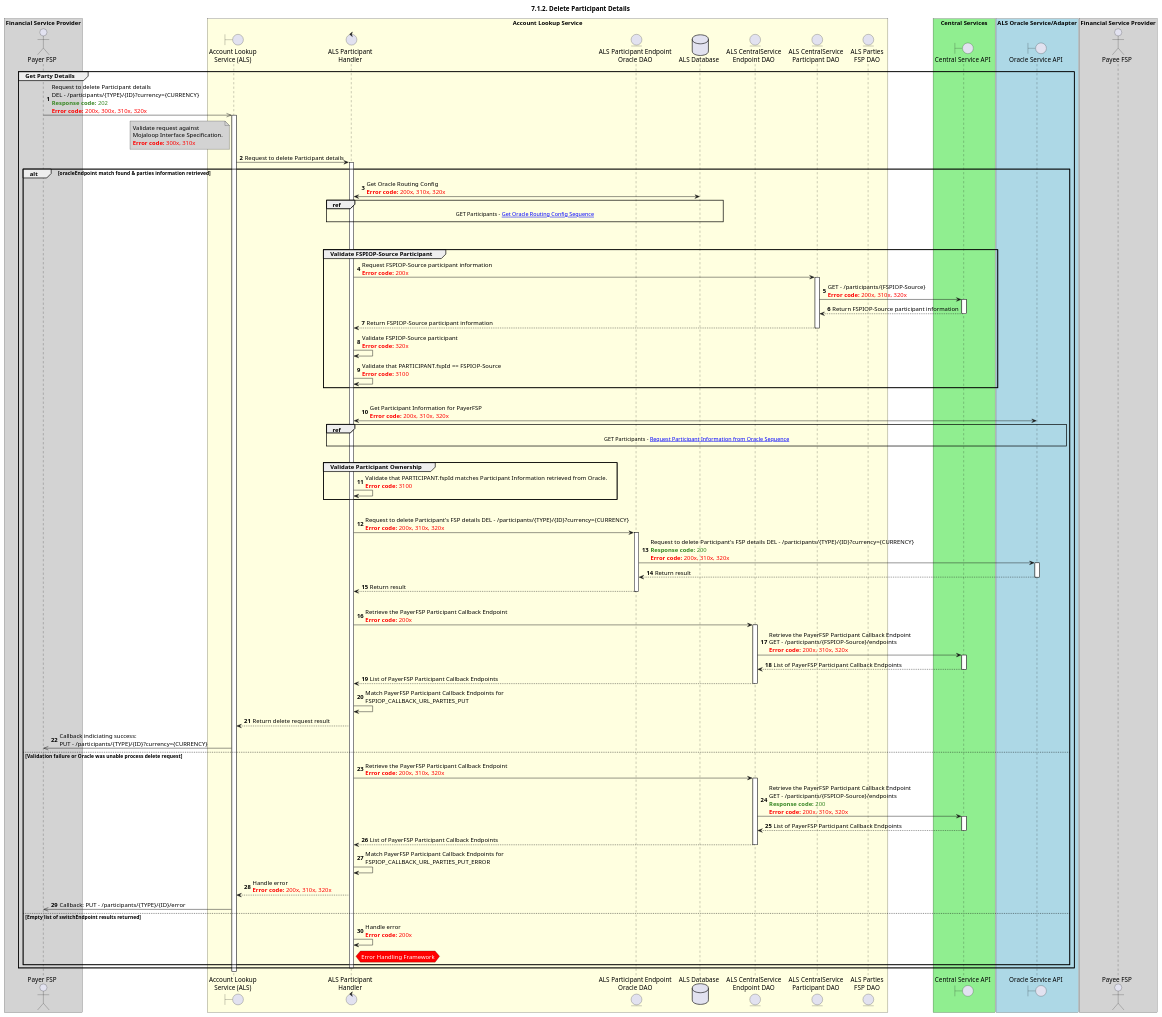
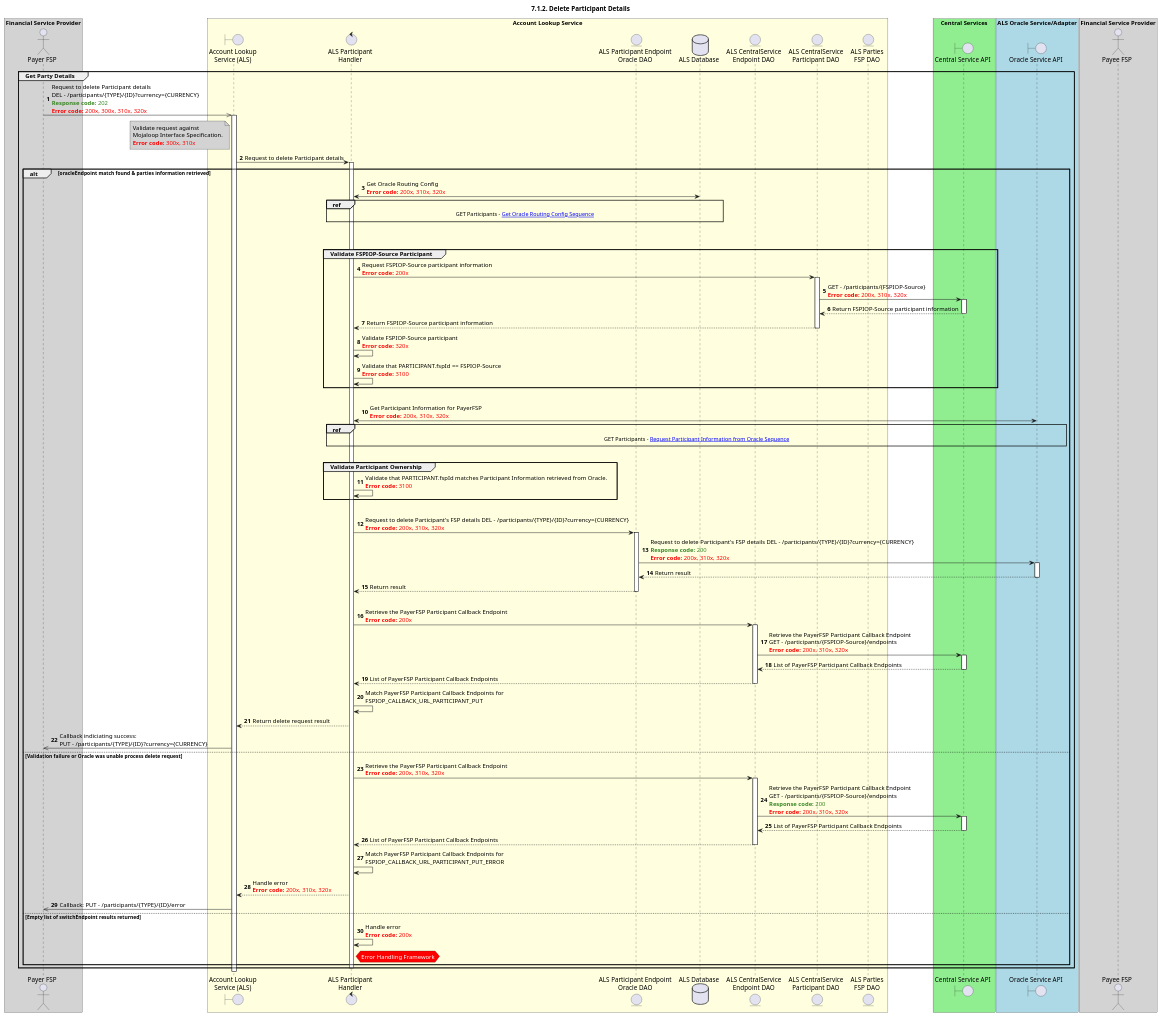
Before and after one commit to mojaloop/documentation: the diagram in mojaloop-technical-overview/account-lookup-service/assets/diagrams/sequence/seq-acct-lookup-del-participants-7.1.2.plantuml, drawn with PlantUML.

Commit message:
Fix error in ALS' sequence diagram for DEL Participant

```diff
--- a/mojaloop-technical-overview/account-lookup-service/assets/diagrams/sequence/seq-acct-lookup-del-participants-7.1.2.plantuml
+++ b/mojaloop-technical-overview/account-lookup-service/assets/diagrams/sequence/seq-acct-lookup-del-participants-7.1.2.plantuml
@@ -27,187 +27,187 @@
 @startuml
 ' declare title
 title 7.1.2. Delete Participant Details
 
 autonumber
 ' Actor Keys:
 ' boundary - APIs/Interfaces, etc
 ' entity - Database Access Objects
 ' database - Database Persistence Store
 
 ' declare actors
 actor "Payer FSP" as PAYER_FSP
 actor "Payee FSP" as PAYEE_FSP
 boundary "Account Lookup\nService (ALS)" as ALS_API
 control "ALS Participant\nHandler" as ALS_PARTICIPANT_HANDLER
 entity "ALS CentralService\nEndpoint DAO" as ALS_CENTRALSERVICE_ENDPOINT_CONFIG_DAO
 entity "ALS CentralService\nParticipant DAO" as ALS_CENTRALSERVICE_PARTICIPANT_DAO
 'entity "ALS Participant Oracle DAO" as ALS_PARTICIPANT_ORACLE_DAO
 entity "ALS Parties\nFSP DAO" as ALS_PARTIES_FSP_DAO
 entity "ALS Participant Endpoint\nOracle DAO" as ALS_PARTICIPANT_ORACLE_DAO
 database "ALS Database" as ALS_DB
 boundary "Oracle Service API" as ORACLE_API
 boundary "Central Service API" as CENTRALSERVICE_API
 
 box "Financial Service Provider" #LightGrey
 participant PAYER_FSP
 end box
 
 box "Account Lookup Service" #LightYellow
 participant ALS_API
 participant ALS_PARTICIPANT_HANDLER
 participant ALS_PARTICIPANT_ORACLE_DAO
 participant ALS_DB
 participant ALS_CENTRALSERVICE_ENDPOINT_CONFIG_DAO
 participant ALS_CENTRALSERVICE_PARTICIPANT_DAO
 participant ALS_PARTIES_FSP_DAO
 end box
 
 box "Central Services" #LightGreen
 participant CENTRALSERVICE_API
 end box
 
 box "ALS Oracle Service/Adapter" #LightBlue
 participant ORACLE_API
 end box
 
 box "Financial Service Provider" #LightGrey
 participant PAYEE_FSP
 end box
 
 ' START OF FLOW
 
 group Get Party Details
     PAYER_FSP ->> ALS_API: Request to delete Participant details\nDEL - /participants/{TYPE}/{ID}?currency={CURRENCY}\n<color #388724><b>Response code:</b> 202</color>\n<color #red><b>Error code:</b> 200x, 300x, 310x, 320x</color>
     activate ALS_API
     note left ALS_API #lightgray
         Validate request against
         Mojaloop Interface Specification.
         <color #red><b>Error code:</b> 300x, 310x</color>
     end note
 
     ALS_API -> ALS_PARTICIPANT_HANDLER: Request to delete Participant details
 
     alt oracleEndpoint match found & parties information retrieved
         activate ALS_PARTICIPANT_HANDLER
         '********************* Retrieve Oracle Routing Information - START ************************
         ALS_PARTICIPANT_HANDLER <-> ALS_DB: Get Oracle Routing Config\n<color #red><b>Error code:</b> 200x, 310x, 320x</color>
         ref over ALS_PARTICIPANT_HANDLER, ALS_DB
             GET Participants - [[https://docs.mojaloop.live/mojaloop-technical-overview/account-lookup-service/als-get-participants.html Get Oracle Routing Config Sequence]]
             |||
         end ref
         '********************* Retrieve Oracle Routing Information - END ************************
         |||
         '********************* Retrieve Switch Routing Information - START ************************
 '        ALS_PARTICIPANT_HANDLER <-> ALS_DB: Get Switch Routing Config\n<color #red><b>Error code:</b> 200x, 310x, 320x</color>
 '        ref over ALS_PARTICIPANT_HANDLER, ALS_DB
 '            GET Participants - [[https://docs.mojaloop.live/mojaloop-technical-overview/account-lookup-service/als-get-participants.html Get Switch Routing Config Sequence]]
 '            |||
 '        end ref
         '********************* Retrieve Switch Routing Information - END ************************
 
         |||
 
         '********************* Validate FSPIOP-Source Participant - START ************************
         group Validate FSPIOP-Source Participant
             ALS_PARTICIPANT_HANDLER -> ALS_CENTRALSERVICE_PARTICIPANT_DAO: Request FSPIOP-Source participant information\n<color #red><b>Error code:</b> 200x</color>
             activate ALS_CENTRALSERVICE_PARTICIPANT_DAO
 
             ALS_CENTRALSERVICE_PARTICIPANT_DAO -> CENTRALSERVICE_API: GET - /participants/{FSPIOP-Source}\n<color #red><b>Error code:</b> 200x, 310x, 320x</color>
             activate CENTRALSERVICE_API
             CENTRALSERVICE_API --> ALS_CENTRALSERVICE_PARTICIPANT_DAO: Return FSPIOP-Source participant information
             deactivate CENTRALSERVICE_API
 
             ALS_CENTRALSERVICE_PARTICIPANT_DAO --> ALS_PARTICIPANT_HANDLER: Return FSPIOP-Source participant information
 
             deactivate ALS_CENTRALSERVICE_PARTICIPANT_DAO
 
             ALS_PARTICIPANT_HANDLER -> ALS_PARTICIPANT_HANDLER: Validate FSPIOP-Source participant\n<color #red><b>Error code:</b> 320x</color>
             ALS_PARTICIPANT_HANDLER -> ALS_PARTICIPANT_HANDLER: Validate that PARTICIPANT.fspId == FSPIOP-Source\n<color #FF0000><b>Error code:</b> 3100</color>
         end group
         '********************* Validate Participant - END ************************
 
         |||
 
         '********************* Request Oracle Participant Information - START ************************
 
         ALS_PARTICIPANT_HANDLER <-> ORACLE_API: Get Participant Information for PayerFSP\n<color #red><b>Error code:</b> 200x, 310x, 320x</color>
         ref over ALS_PARTICIPANT_HANDLER, ORACLE_API
             GET Participants - [[https://docs.mojaloop.live/mojaloop-technical-overview/account-lookup-service/als-get-participants.html Request Participant Information from Oracle Sequence]]
             |||
         end ref
 
         '********************* Request Oracle Participant Information - END ************************
 
         |||
 
         '********************* Validate Participant Ownership - START ************************
         ' Reference section 6.2.2.4 - Note: The ALS should verify that it is the Party’s current FSP that is deleting the FSP information. Is this adequate?
         group Validate Participant Ownership
             ALS_PARTICIPANT_HANDLER -> ALS_PARTICIPANT_HANDLER: Validate that PARTICIPANT.fspId matches Participant Information retrieved from Oracle.\n<color #red><b>Error code:</b> 3100</color>
         end group
         '********************* Validate Participant - END ************************
 
         |||
 
         '********************* Delete Oracle Participant Information - START ************************
 
         ALS_PARTICIPANT_HANDLER -> ALS_PARTICIPANT_ORACLE_DAO: Request to delete Participant's FSP details DEL - /participants/{TYPE}/{ID}?currency={CURRENCY}\n<color #red><b>Error code:</b> 200x, 310x, 320x</color>
         activate ALS_PARTICIPANT_ORACLE_DAO
         ALS_PARTICIPANT_ORACLE_DAO -> ORACLE_API: Request to delete Participant's FSP details DEL - /participants/{TYPE}/{ID}?currency={CURRENCY}\n<color #388724><b>Response code:</b> 200</color> \n<color #red><b>Error code:</b> 200x, 310x, 320x</color>
         activate ORACLE_API
         ORACLE_API --> ALS_PARTICIPANT_ORACLE_DAO: Return result
         deactivate ORACLE_API
         ALS_PARTICIPANT_ORACLE_DAO --> ALS_PARTICIPANT_HANDLER: Return result
         deactivate ALS_PARTICIPANT_ORACLE_DAO
 
         '********************* Delete Oracle Participant Information - END ************************
         |||
 
         '********************* Get PayerFSP Participant End-point Information - START ************************
 
         ALS_PARTICIPANT_HANDLER -> ALS_CENTRALSERVICE_ENDPOINT_CONFIG_DAO: Retrieve the PayerFSP Participant Callback Endpoint\n<color #red><b>Error code:</b> 200x</color>
         activate ALS_CENTRALSERVICE_ENDPOINT_CONFIG_DAO
         ALS_CENTRALSERVICE_ENDPOINT_CONFIG_DAO -> CENTRALSERVICE_API: Retrieve the PayerFSP Participant Callback Endpoint\nGET - /participants/{FSPIOP-Source}/endpoints\n<color #red><b>Error code:</b> 200x, 310x, 320x</color>
         activate CENTRALSERVICE_API
         CENTRALSERVICE_API --> ALS_CENTRALSERVICE_ENDPOINT_CONFIG_DAO: List of PayerFSP Participant Callback Endpoints
         deactivate CENTRALSERVICE_API
         ALS_CENTRALSERVICE_ENDPOINT_CONFIG_DAO --> ALS_PARTICIPANT_HANDLER: List of PayerFSP Participant Callback Endpoints
         deactivate ALS_CENTRALSERVICE_ENDPOINT_CONFIG_DAO
 
-        ALS_PARTICIPANT_HANDLER -> ALS_PARTICIPANT_HANDLER: Match PayerFSP Participant Callback Endpoints for\nFSPIOP_CALLBACK_URL_PARTIES_PUT
+        ALS_PARTICIPANT_HANDLER -> ALS_PARTICIPANT_HANDLER: Match PayerFSP Participant Callback Endpoints for\nFSPIOP_CALLBACK_URL_PARTICIPANT_PUT
 
         '********************* Get PayerFSP Participant End-point Information - END ************************
 
         ALS_PARTICIPANT_HANDLER --> ALS_API: Return delete request result
         ALS_API ->> PAYER_FSP: Callback indiciating success:\nPUT - /participants/{TYPE}/{ID}?currency={CURRENCY}
 
     else Validation failure or Oracle was unable process delete request
 
         '********************* Get PayerFSP Participant End-point Information - START ************************
 
         ALS_PARTICIPANT_HANDLER -> ALS_CENTRALSERVICE_ENDPOINT_CONFIG_DAO: Retrieve the PayerFSP Participant Callback Endpoint\n<color #red><b>Error code:</b> 200x, 310x, 320x</color>
         activate ALS_CENTRALSERVICE_ENDPOINT_CONFIG_DAO
         ALS_CENTRALSERVICE_ENDPOINT_CONFIG_DAO -> CENTRALSERVICE_API: Retrieve the PayerFSP Participant Callback Endpoint\nGET - /participants/{FSPIOP-Source}/endpoints\n<color #388724><b>Response code:</b> 200</color>\n<color #red><b>Error code:</b> 200x, 310x, 320x</color>
         activate CENTRALSERVICE_API
         CENTRALSERVICE_API --> ALS_CENTRALSERVICE_ENDPOINT_CONFIG_DAO: List of PayerFSP Participant Callback Endpoints
         deactivate CENTRALSERVICE_API
         ALS_CENTRALSERVICE_ENDPOINT_CONFIG_DAO --> ALS_PARTICIPANT_HANDLER: List of PayerFSP Participant Callback Endpoints
         deactivate ALS_CENTRALSERVICE_ENDPOINT_CONFIG_DAO
 
-        ALS_PARTICIPANT_HANDLER -> ALS_PARTICIPANT_HANDLER: Match PayerFSP Participant Callback Endpoints for\nFSPIOP_CALLBACK_URL_PARTIES_PUT_ERROR
+        ALS_PARTICIPANT_HANDLER -> ALS_PARTICIPANT_HANDLER: Match PayerFSP Participant Callback Endpoints for\nFSPIOP_CALLBACK_URL_PARTICIPANT_PUT_ERROR
 
         '********************* Get PayerFSP Participant End-point Information - END ************************
 
         ALS_PARTICIPANT_HANDLER --> ALS_API: Handle error\n<color #red><b>Error code:</b> 200x, 310x, 320x</color>
         ALS_API ->> PAYER_FSP: Callback: PUT - /participants/{TYPE}/{ID}/error
 
     else Empty list of switchEndpoint results returned
         ALS_PARTICIPANT_HANDLER -> ALS_PARTICIPANT_HANDLER: Handle error\n<color #red><b>Error code:</b> 200x</color>
         hnote right ALS_PARTICIPANT_HANDLER #red
             <color #white>Error Handling Framework</color>
         end note
     end alt
 
     deactivate ALS_PARTICIPANT_HANDLER
 end
 @enduml
```
